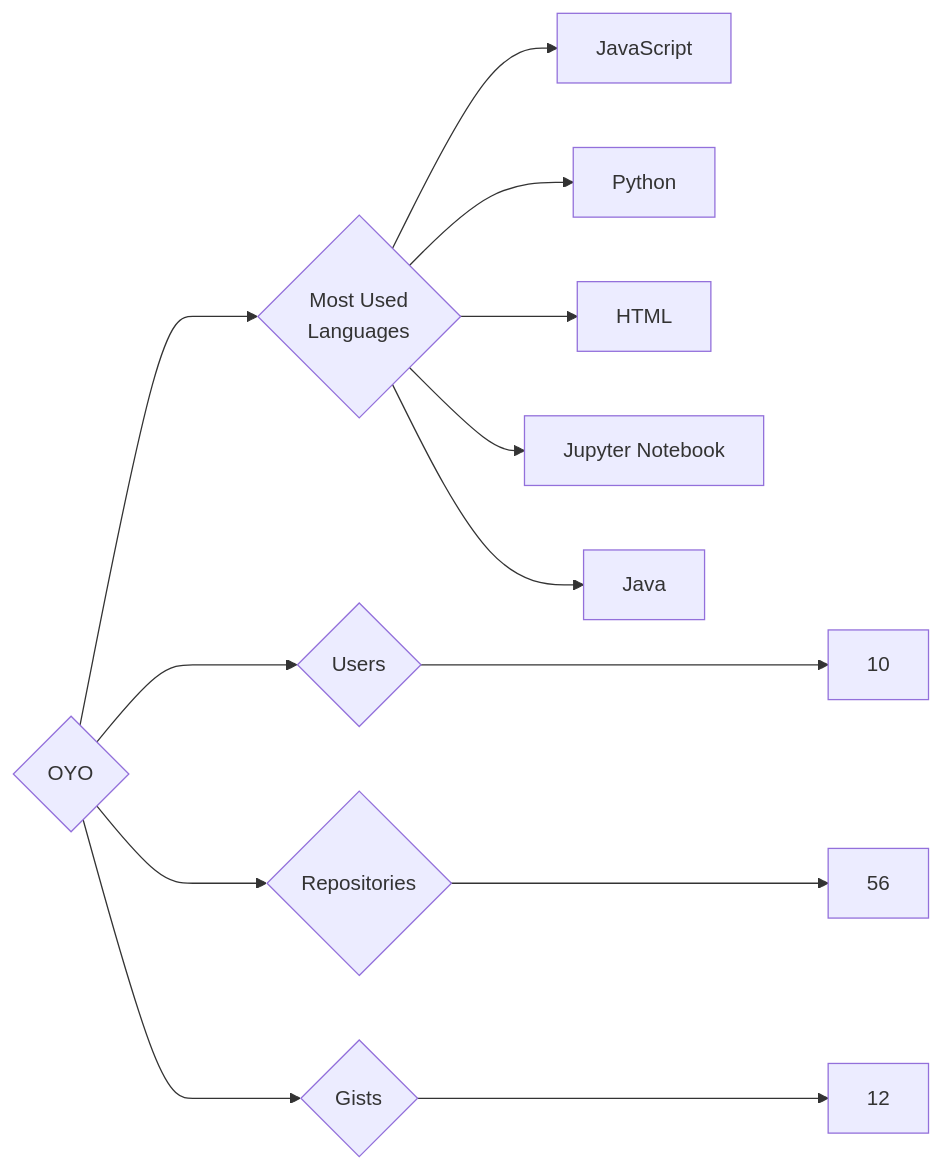
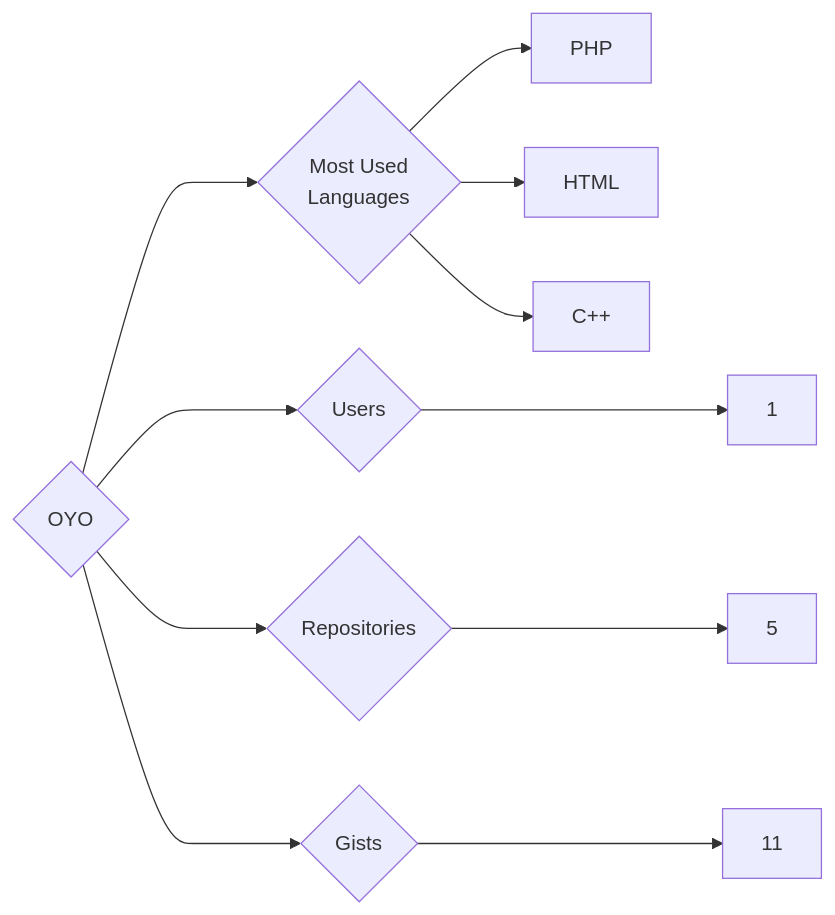
Before and after one commit to trickest/insiders: the diagram in targets/OYO/README.md, drawn with Mermaid. The commit also changed 928 other files, not shown here.

````diff
--- a/targets/OYO/README.md
+++ b/targets/OYO/README.md
@@ -3,13 +3,11 @@
 ```mermaid
 graph LR
 COMPANY_NAME{OYO}
-COMPANY_NAME ---> U{Users} ---> UN[10]
-COMPANY_NAME ---> R{Repositories} ---> RN[56]
-COMPANY_NAME ---> G{Gists} ---> GN[12]
+COMPANY_NAME ---> U{Users} ---> UN[1]
+COMPANY_NAME ---> R{Repositories} ---> RN[5]
+COMPANY_NAME ---> G{Gists} ---> GN[11]
 COMPANY_NAME ---> ML{Most Used<br>Languages}
-ML --> JavaScript[JavaScript]
-ML --> Python[Python]
+ML --> PHP[PHP]
 ML --> HTML[HTML]
-ML --> Jupyter_Notebook[Jupyter Notebook]
-ML --> Java[Java]
+ML --> C++[C++]
 ```
````
